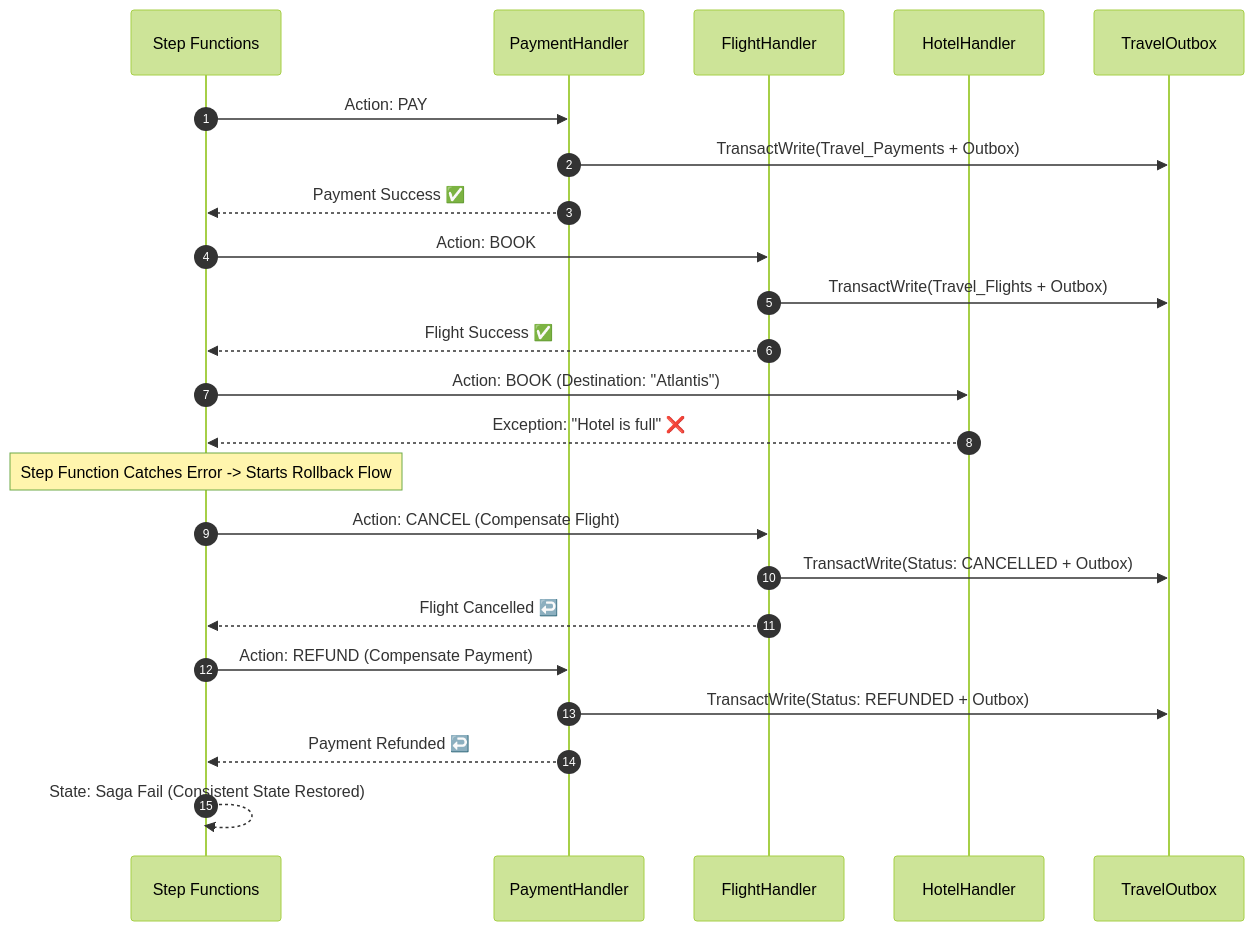
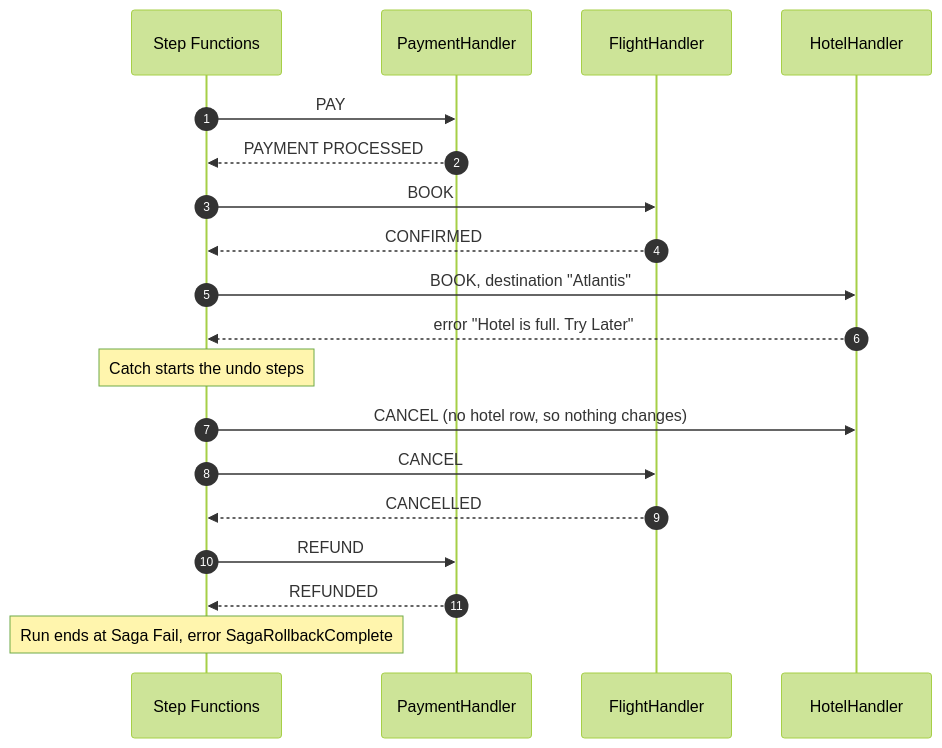
One commit to Aksh9203/Distributed-Travel-Booking-Saga changed the second of 2 diagrams in README.md. Above: the diagram before and after it, drawn with Mermaid (forest theme). The commit also changed other lines of this file and 1 other file, not shown here.

````diff
--- a/README.md
+++ b/README.md
@@ -191,31 +95,22 @@
 ```mermaid
 sequenceDiagram
     autonumber
     participant SFN as Step Functions
     participant Pay as PaymentHandler
     participant Flight as FlightHandler
     participant Hotel as HotelHandler
-    participant Outbox as TravelOutbox
 
-    SFN->>Pay: Action: PAY
-    Pay->>Outbox: TransactWrite(Travel_Payments + Outbox)
-    Pay-->>SFN: Payment Success ✅
-
-    SFN->>Flight: Action: BOOK
-    Flight->>Outbox: TransactWrite(Travel_Flights + Outbox)
-    Flight-->>SFN: Flight Success ✅
-
-    SFN->>Hotel: Action: BOOK (Destination: "Atlantis")
-    Hotel-->>SFN: Exception: "Hotel is full" ❌
-
-    Note over SFN: Step Function Catches Error -> Starts Rollback Flow
-    SFN->>Flight: Action: CANCEL (Compensate Flight)
-    Flight->>Outbox: TransactWrite(Status: CANCELLED + Outbox)
-    Flight-->>SFN: Flight Cancelled ↩️
-
-    SFN->>Pay: Action: REFUND (Compensate Payment)
-    Pay->>Outbox: TransactWrite(Status: REFUNDED + Outbox)
-    Pay-->>SFN: Payment Refunded ↩️
-
-    SFN-->>SFN: State: Saga Fail (Consistent State Restored)
+    SFN->>Pay: PAY
+    Pay-->>SFN: PAYMENT PROCESSED
+    SFN->>Flight: BOOK
+    Flight-->>SFN: CONFIRMED
+    SFN->>Hotel: BOOK, destination "Atlantis"
+    Hotel-->>SFN: error "Hotel is full. Try Later"
+    Note over SFN: Catch starts the undo steps
+    SFN->>Hotel: CANCEL (no hotel row, so nothing changes)
+    SFN->>Flight: CANCEL
+    Flight-->>SFN: CANCELLED
+    SFN->>Pay: REFUND
+    Pay-->>SFN: REFUNDED
+    Note over SFN: Run ends at Saga Fail, error SagaRollbackComplete
 ```
````
